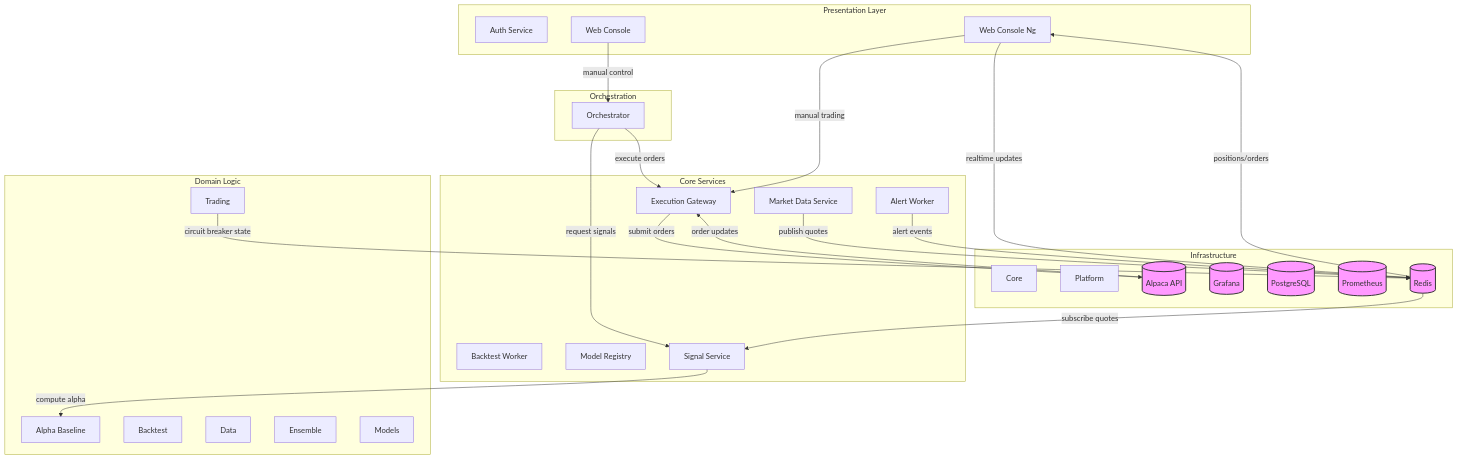
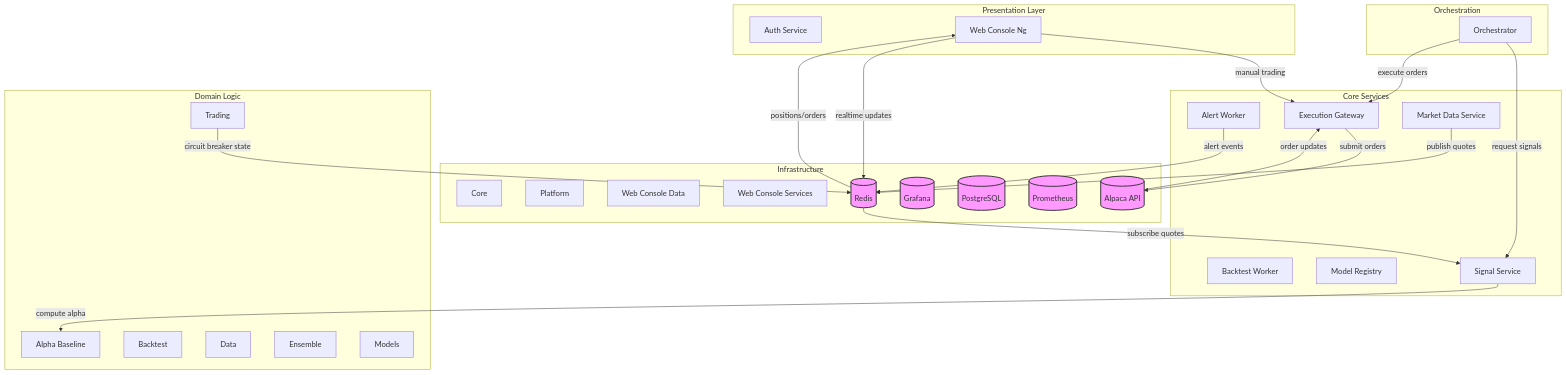
One commit to LeeeWayyy/trading_platform changed the diagram in docs/ARCHITECTURE/system_map_flow.md. Above: the diagram before and after it, drawn with Mermaid. The commit also changed 118 other files, not shown here.

First line of the commit message:
feat: Complete Web Console Migration to libs structure (#120)

```diff
--- a/docs/ARCHITECTURE/system_map_flow.md
+++ b/docs/ARCHITECTURE/system_map_flow.md
@@ -4,7 +4,6 @@
 flowchart TB
   subgraph presentation["Presentation Layer"]
     svc_auth_service["Auth Service"]
-    svc_web_console["Web Console"]
     svc_web_console_ng["Web Console Ng"]
   end
   subgraph orchestration["Orchestration"]
@@ -29,6 +28,8 @@
   subgraph infra["Infrastructure"]
     lib_core["Core"]
     lib_platform["Platform"]
+    lib_web_console_data["Web Console Data"]
+    lib_web_console_services["Web Console Services"]
     ext_alpaca[("Alpaca API")]
     ext_grafana[("Grafana")]
     ext_postgres[("PostgreSQL")]
@@ -43,7 +44,6 @@
   ext_alpaca -->|order updates| svc_execution_gateway
   svc_market_data_service -->|publish quotes| ext_redis
   ext_redis -->|subscribe quotes| svc_signal_service
-  svc_web_console -->|manual control| svc_orchestrator
   svc_web_console_ng -->|manual trading| svc_execution_gateway
   svc_web_console_ng -->|realtime updates| ext_redis
   ext_redis -->|positions/orders| svc_web_console_ng
@@ -59,13 +59,14 @@
   click svc_model_registry "../SPECS/services/model_registry.md"
   click svc_orchestrator "../SPECS/services/orchestrator.md"
   click svc_signal_service "../SPECS/services/signal_service.md"
-  click svc_web_console "../SPECS/services/web_console.md"
   click svc_web_console_ng "../SPECS/services/web_console_ng.md"
   click lib_core "../SPECS/libs/core.md"
   click lib_data "../SPECS/libs/data.md"
   click lib_models "../SPECS/libs/models.md"
   click lib_platform "../SPECS/libs/platform.md"
   click lib_trading "../SPECS/libs/trading.md"
+  click lib_web_console_data "../SPECS/libs/web_console_data.md"
+  click lib_web_console_services "../SPECS/libs/web_console_services.md"
   click strat_alpha_baseline "../SPECS/strategies/alpha_baseline.md"
   click strat_backtest "../SPECS/strategies/backtest.md"
   click strat_ensemble "../SPECS/strategies/ensemble.md"
```
